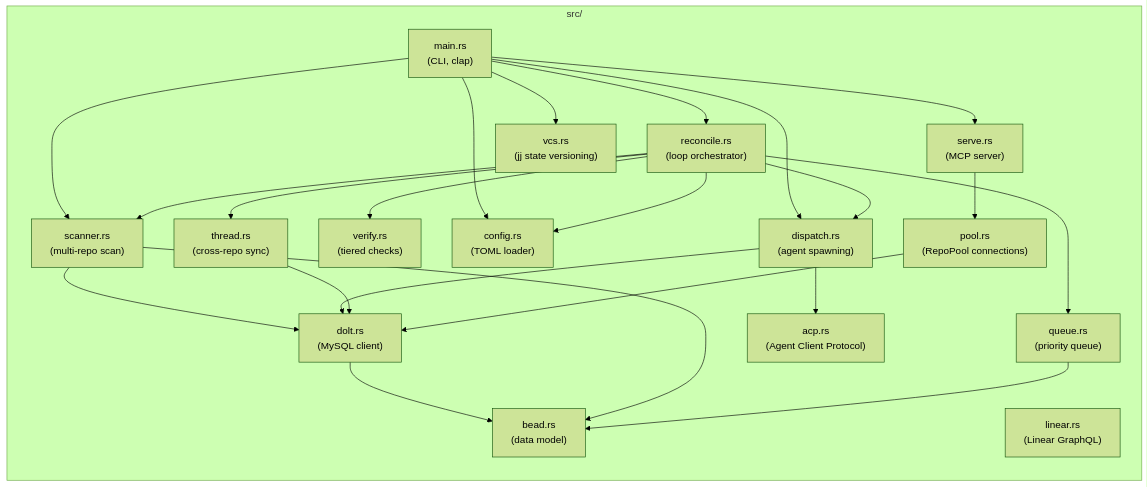
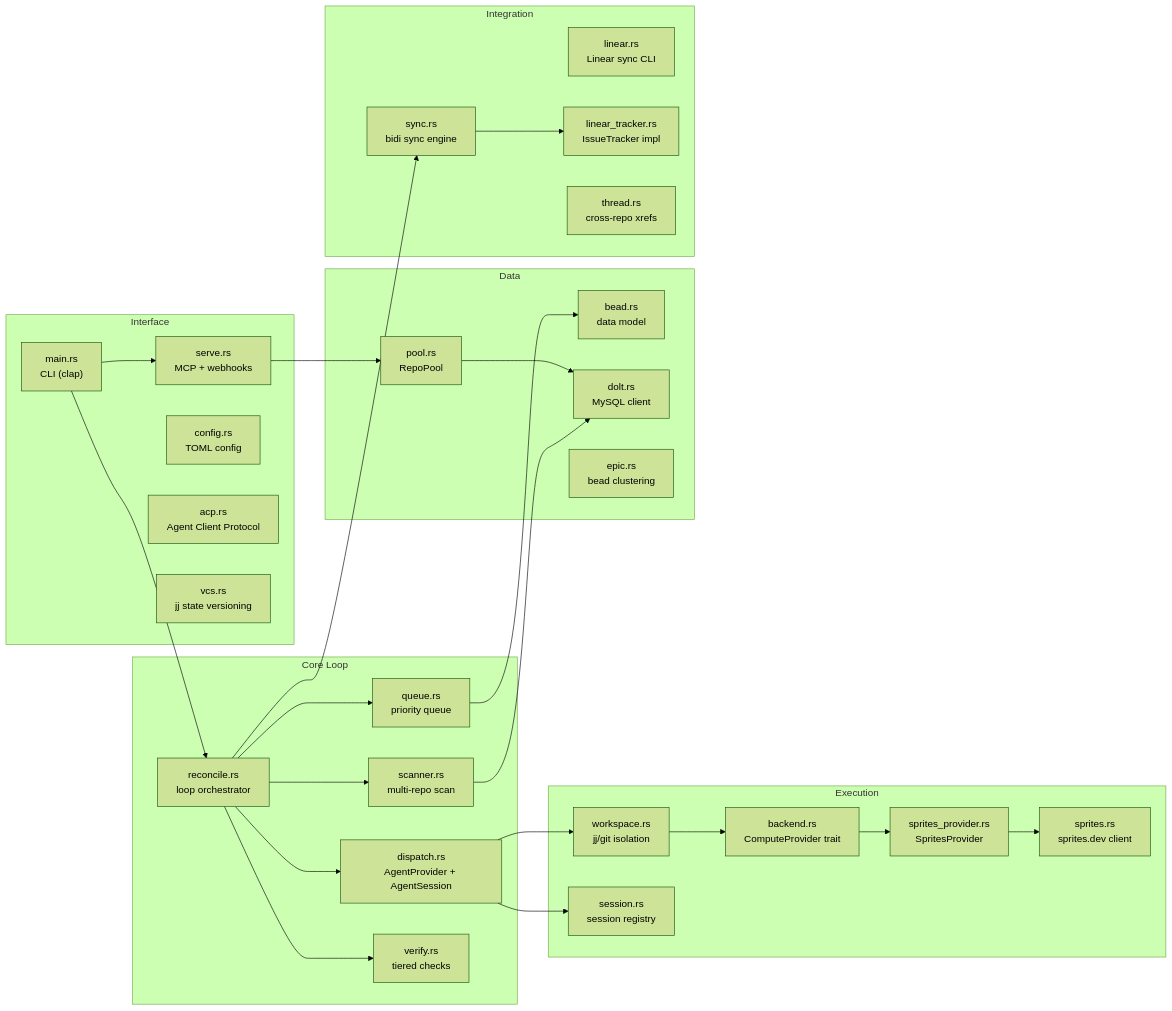
Before and after one commit to agentic-research/rosary: the fourth of 7 diagrams in docs/ARCHITECTURE.md, drawn with Mermaid (forest theme). The commit also changed other lines of this file, not shown here.

First line of the commit message:
docs: update ARCHITECTURE.md — add new modules, fix stale diagrams

````diff
--- a/docs/ARCHITECTURE.md
+++ b/docs/ARCHITECTURE.md
@@ -86,45 +92,51 @@
 ```mermaid
 graph LR
-    subgraph "src/"
-        main["main.rs<br/>(CLI, clap)"]
-        reconcile["reconcile.rs<br/>(loop orchestrator)"]
-        scanner["scanner.rs<br/>(multi-repo scan)"]
-        queue["queue.rs<br/>(priority queue)"]
-        dispatch["dispatch.rs<br/>(agent spawning)"]
-        verify["verify.rs<br/>(tiered checks)"]
-        dolt["dolt.rs<br/>(MySQL client)"]
-        bead["bead.rs<br/>(data model)"]
-        config["config.rs<br/>(TOML loader)"]
-        linear["linear.rs<br/>(Linear GraphQL)"]
-        serve["serve.rs<br/>(MCP server)"]
-        acp["acp.rs<br/>(Agent Client Protocol)"]
-        pool["pool.rs<br/>(RepoPool connections)"]
-        thread["thread.rs<br/>(cross-repo sync)"]
-        vcs["vcs.rs<br/>(jj state versioning)"]
+    subgraph "Core Loop"
+        reconcile["reconcile.rs<br/>loop orchestrator"]
+        scanner["scanner.rs<br/>multi-repo scan"]
+        queue["queue.rs<br/>priority queue"]
+        dispatch["dispatch.rs<br/>AgentProvider + AgentSession"]
+        verify["verify.rs<br/>tiered checks"]
     end
 
+    subgraph "Execution"
+        backend["backend.rs<br/>ComputeProvider trait"]
+        workspace["workspace.rs<br/>jj/git isolation"]
+        session["session.rs<br/>session registry"]
+        sprites["sprites.rs<br/>sprites.dev client"]
+        sprites_prov["sprites_provider.rs<br/>SpritesProvider"]
+    end
+
+    subgraph "Data"
+        bead["bead.rs<br/>data model"]
+        dolt["dolt.rs<br/>MySQL client"]
+        pool["pool.rs<br/>RepoPool"]
+        epic["epic.rs<br/>bead clustering"]
+    end
+
+    subgraph "Integration"
+        linear["linear.rs<br/>Linear sync CLI"]
+        linear_tracker["linear_tracker.rs<br/>IssueTracker impl"]
+        sync["sync.rs<br/>bidi sync engine"]
+        thread["thread.rs<br/>cross-repo xrefs"]
+    end
+
+    subgraph "Interface"
+        main["main.rs<br/>CLI (clap)"]
+        serve["serve.rs<br/>MCP + webhooks"]
+        config["config.rs<br/>TOML config"]
+        acp["acp.rs<br/>Agent Client Protocol"]
+        vcs["vcs.rs<br/>jj state versioning"]
+    end
+
+    reconcile --> scanner --> dolt
+    reconcile --> queue --> bead
+    reconcile --> dispatch --> workspace --> backend
+    dispatch --> session
+    backend --> sprites_prov --> sprites
+    reconcile --> verify
+    reconcile --> sync --> linear_tracker
+    serve --> pool --> dolt
     main --> reconcile
-    main --> scanner
-    main --> dispatch
     main --> serve
-
-    reconcile --> scanner
-    reconcile --> queue
-    reconcile --> dispatch
-    reconcile --> verify
-
-    scanner --> dolt
-    dispatch --> dolt
-    dolt --> bead
-    scanner --> bead
-    queue --> bead
-
-    main --> config
-    reconcile --> config
-    reconcile --> thread
-    thread --> dolt
-    serve --> pool
-    pool --> dolt
-    main --> vcs
-    dispatch --> acp
 ```
````
